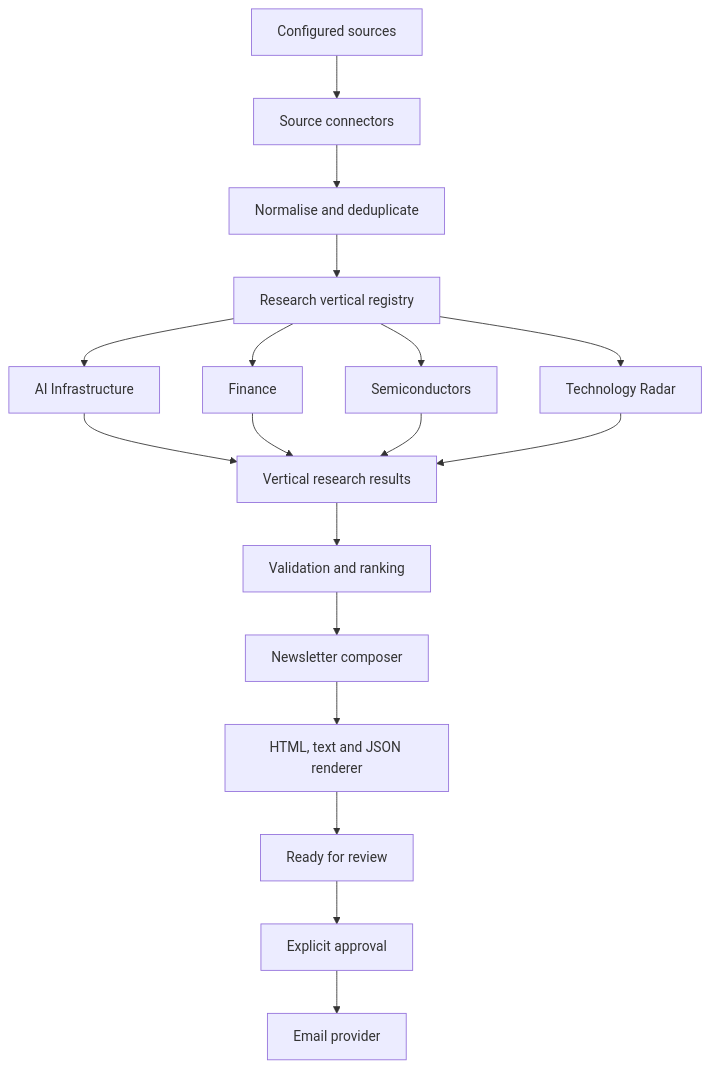
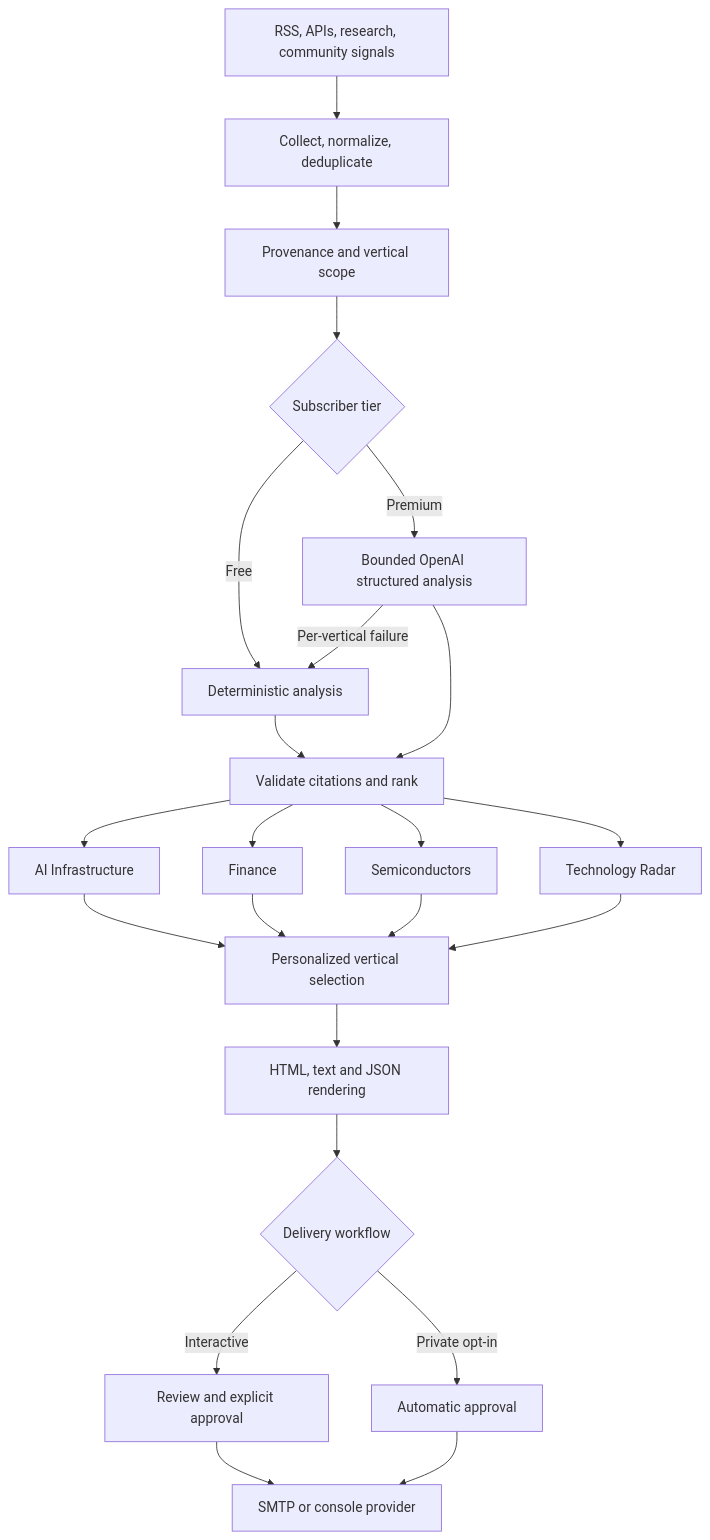
Before and after one commit to Vortenix/vortenix-newsletter: the first of 4 diagrams in README.md, drawn with Mermaid. The commit also changed other lines of this file and 13 other files, not shown here.

Commit message:
docs: align architecture with current workflows

````diff
--- a/README.md
+++ b/README.md
@@ -39,20 +39,25 @@
 ```mermaid
 flowchart TD
-  A[Configured sources] --> B[Source connectors]
-  B --> C[Normalise and deduplicate]
-  C --> D[Research vertical registry]
-  D --> E1[AI Infrastructure]
-  D --> E2[Finance]
-  D --> E3[Semiconductors]
-  D --> E4[Technology Radar]
-  E1 --> F[Vertical research results]
-  E2 --> F
-  E3 --> F
-  E4 --> F
-  F --> G[Validation and ranking]
-  G --> H[Newsletter composer]
-  H --> I[HTML, text and JSON renderer]
-  I --> J[Ready for review]
-  J --> K[Explicit approval]
-  K --> L[Email provider]
+  A[RSS, APIs, research, community signals] --> B[Collect, normalize, deduplicate]
+  B --> C[Provenance and vertical scope]
+  C --> D{Subscriber tier}
+  D -->|Free| E[Deterministic analysis]
+  D -->|Premium| F[Bounded OpenAI structured analysis]
+  F -->|Per-vertical failure| E
+  E --> G[Validate citations and rank]
+  F --> G
+  G --> V1[AI Infrastructure]
+  G --> V2[Finance]
+  G --> V3[Semiconductors]
+  G --> V4[Technology Radar]
+  V1 --> H[Personalized vertical selection]
+  V2 --> H
+  V3 --> H
+  V4 --> H
+  H --> I[HTML, text and JSON rendering]
+  I --> J{Delivery workflow}
+  J -->|Interactive| K[Review and explicit approval]
+  J -->|Private opt-in| L[Automatic approval]
+  K --> M[SMTP or console provider]
+  L --> M
 ```
````
